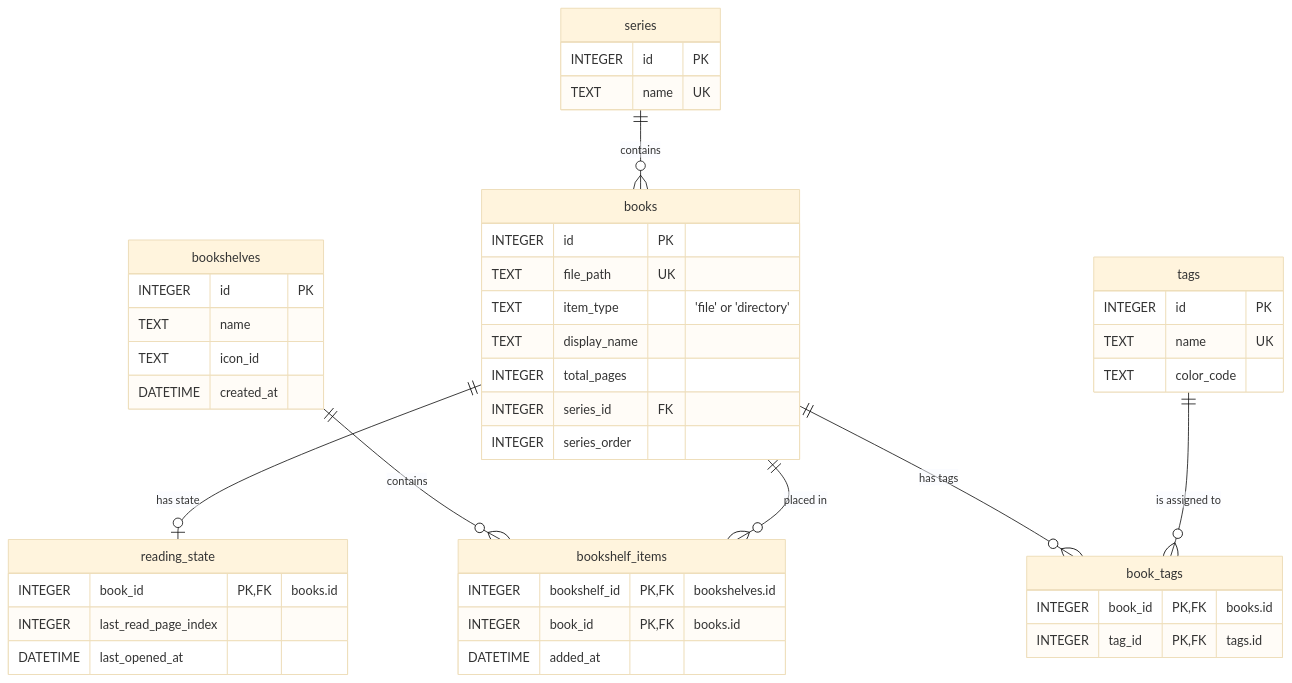
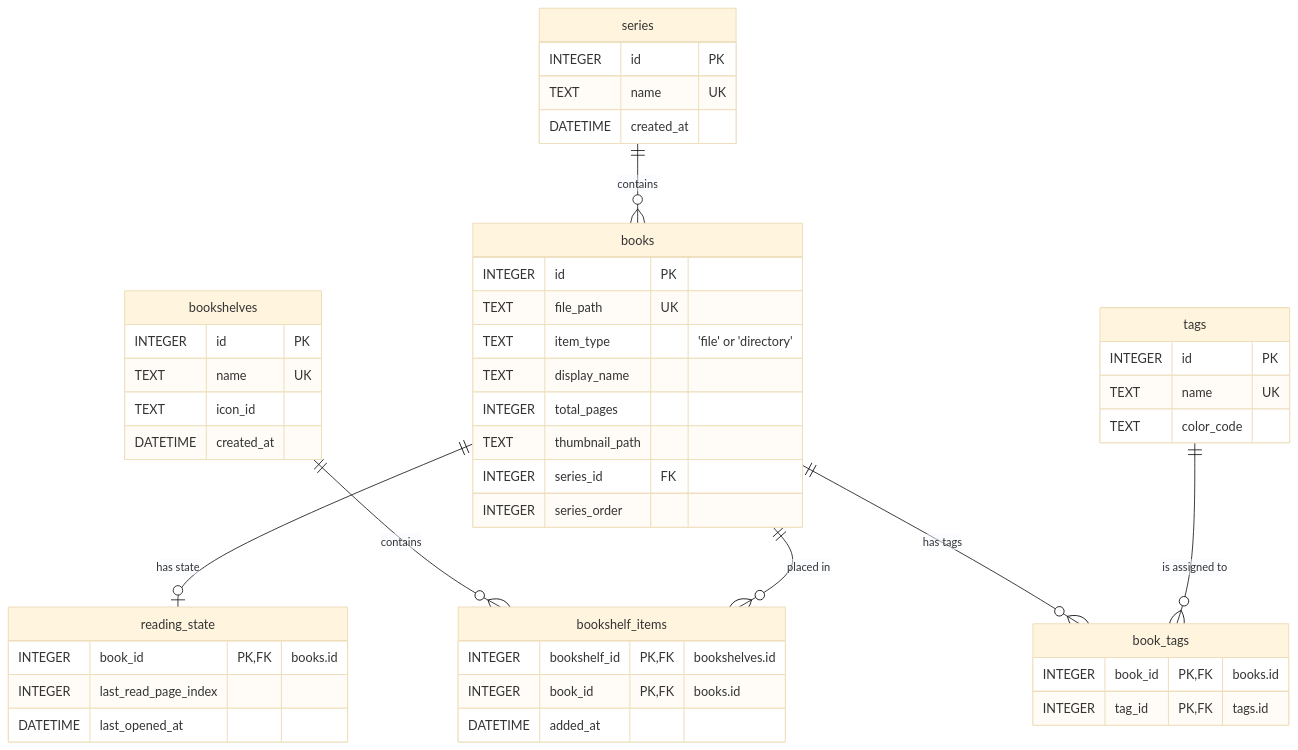
The diagram in docs/database/er_diagram.md (Rookro/RookReader), drawn with Mermaid (base theme) before and after one commit.

Commit message:
docs: update ER diagram
- Add `thumbnail_path` field to `items` table
- Add `created_at` field to `series` table
- Add unique constraint (UK) to `name` column in `bookshelves` table

````diff
--- a/docs/database/er_diagram.md
+++ b/docs/database/er_diagram.md
@@ -1,54 +1,56 @@
 ```mermaid
 erDiagram
     series ||--o{ books : "contains"
     books ||--o| reading_state : "has state"
     bookshelves ||--o{ bookshelf_items : "contains"
     books ||--o{ bookshelf_items : "placed in"
     books ||--o{ book_tags : "has tags"
     tags ||--o{ book_tags : "is assigned to"
 
     books {
         INTEGER id PK
         TEXT file_path UK
         TEXT item_type "'file' or 'directory'"
         TEXT display_name
         INTEGER total_pages
+        TEXT thumbnail_path
         INTEGER series_id FK
         INTEGER series_order
     }
     
     series {
         INTEGER id PK
         TEXT name UK
+        DATETIME created_at
     }
     
     reading_state {
         INTEGER book_id PK, FK "books.id"
         INTEGER last_read_page_index
         DATETIME last_opened_at
     }
 
     bookshelves {
         INTEGER id PK
-        TEXT name
+        TEXT name UK
         TEXT icon_id
         DATETIME created_at
     }
 
     bookshelf_items {
         INTEGER bookshelf_id PK, FK "bookshelves.id"
         INTEGER book_id PK, FK "books.id"
         DATETIME added_at
     }
     
     tags {
         INTEGER id PK
         TEXT name UK
         TEXT color_code
     }
     
     book_tags {
         INTEGER book_id PK, FK "books.id"
         INTEGER tag_id PK, FK "tags.id"
     }
 ```
````
